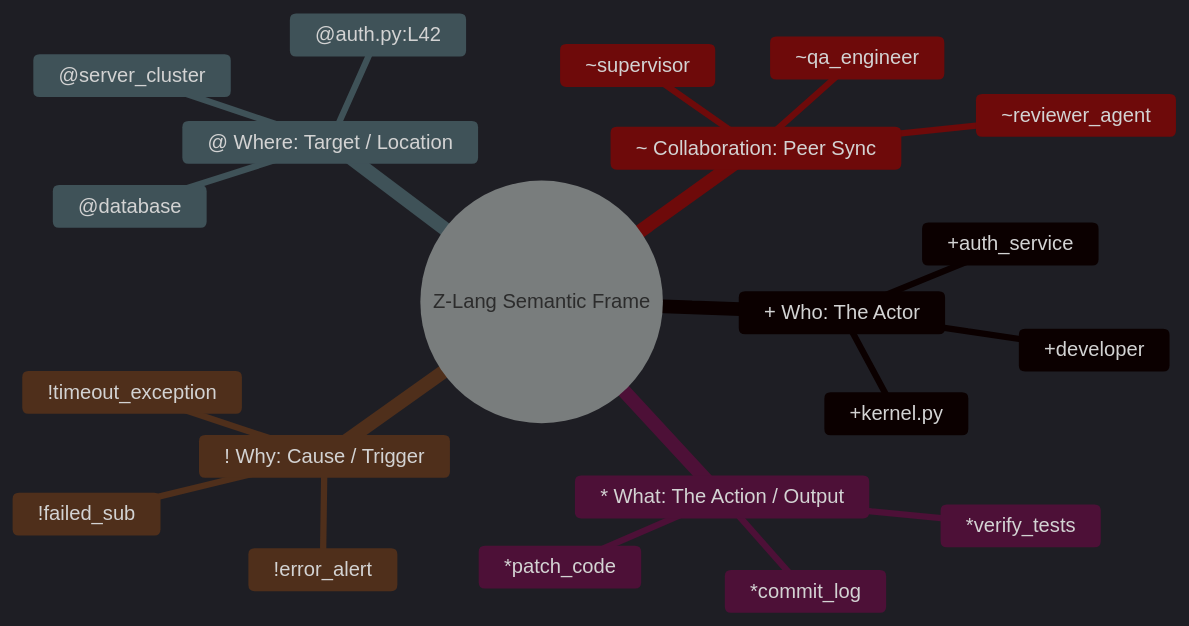
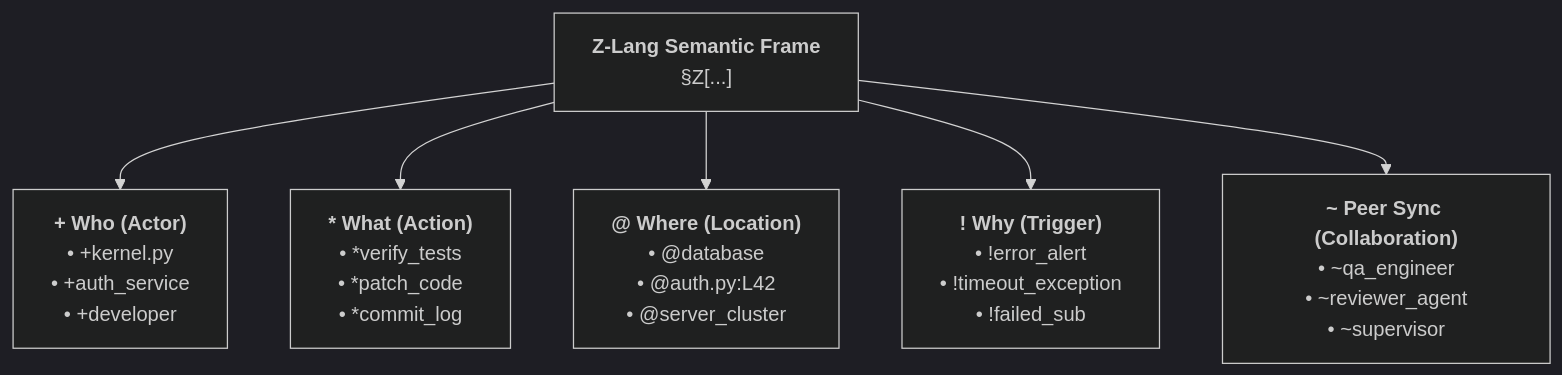
The third of 5 diagrams in docs/paper.md (abdshomad/zipped), drawn with Mermaid (dark theme) before and after one commit.

Commit message:
fix(docs): resolve Mermaid syntax error in Role Badge diagram in docs/paper.md

````diff
--- a/docs/paper.md
+++ b/docs/paper.md
@@ -68,24 +68,8 @@
 ```mermaid
-mindmap
-  root((Z-Lang Semantic Frame))
-    + Who: The Actor
-      +kernel.py
-      +auth_service
-      +developer
-    * What: The Action / Output
-      *verify_tests
-      *patch_code
-      *commit_log
-    @ Where: Target / Location
-      @database
-      @auth.py:L42
-      @server_cluster
-    ! Why: Cause / Trigger
-      !error_alert
-      !timeout_exception
-      !failed_sub
-    ~ Collaboration: Peer Sync
-      ~qa_engineer
-      ~reviewer_agent
-      ~supervisor
+flowchart TD
+    Root["<b>Z-Lang Semantic Frame</b><br/>§Z[...]"] --> B1["<b>+ Who (Actor)</b><br/>• +kernel.py<br/>• +auth_service<br/>• +developer"]
+    Root --> B2["<b>* What (Action)</b><br/>• *verify_tests<br/>• *patch_code<br/>• *commit_log"]
+    Root --> B3["<b>@ Where (Location)</b><br/>• @database<br/>• @auth.py:L42<br/>• @server_cluster"]
+    Root --> B4["<b>! Why (Trigger)</b><br/>• !error_alert<br/>• !timeout_exception<br/>• !failed_sub"]
+    Root --> B5["<b>~ Peer Sync (Collaboration)</b><br/>• ~qa_engineer<br/>• ~reviewer_agent<br/>• ~supervisor"]
 ```
````
